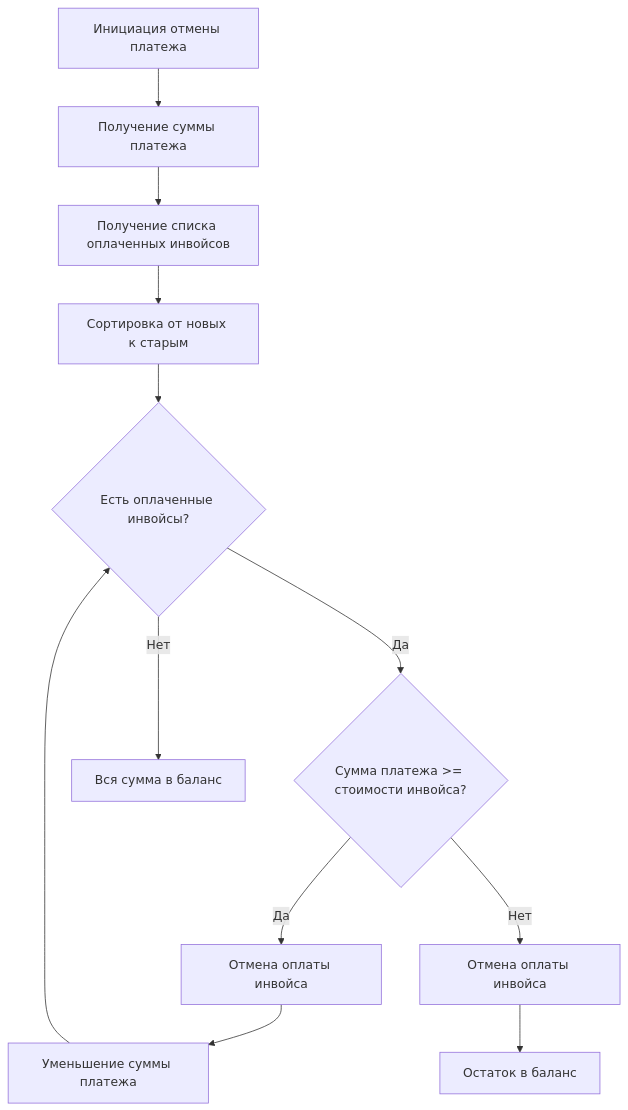
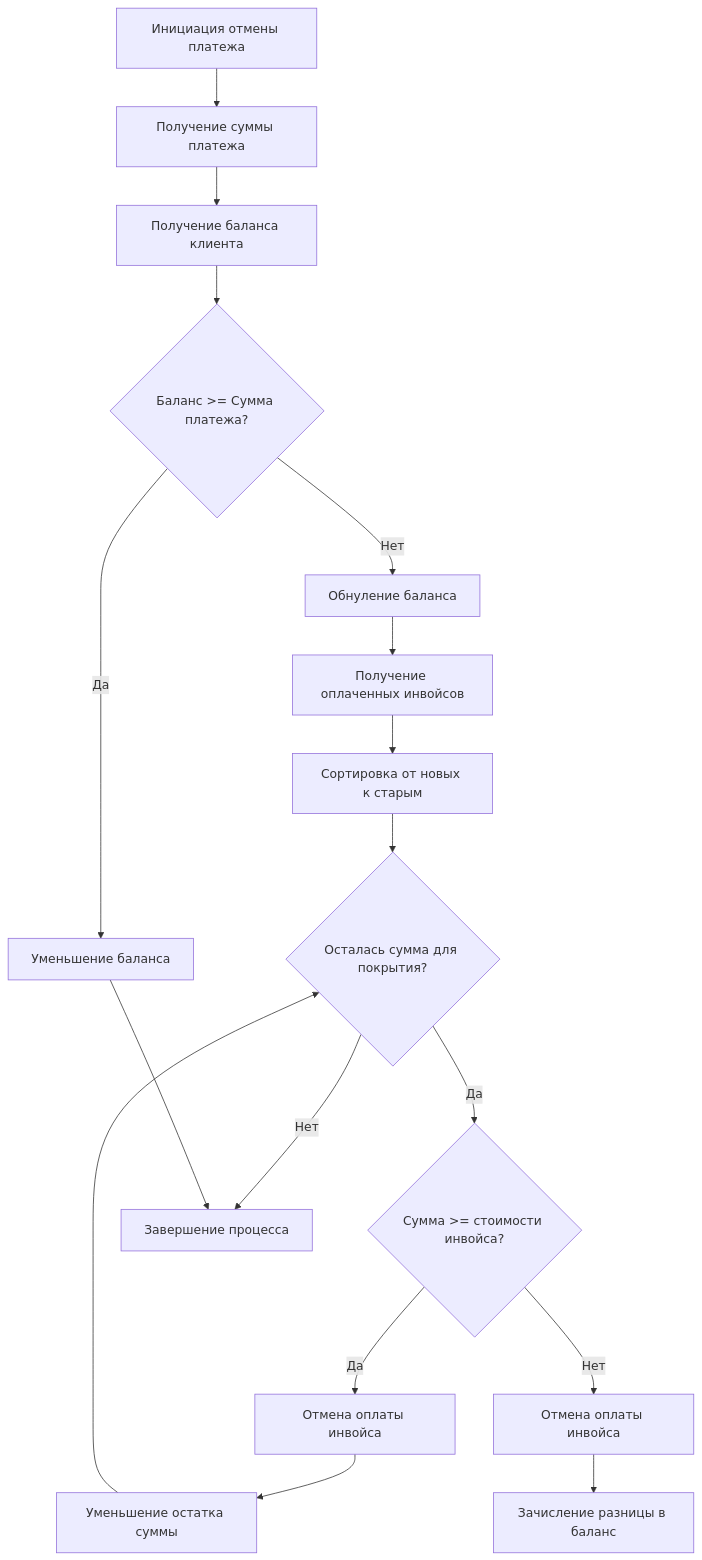
One commit to aryzhykau/atlantis-fastapi changed the fourth of 4 diagrams in docs/processes/financial/automated-flows.md. Above: the diagram before and after it, drawn with Mermaid. The commit also changed other lines of this file and 24 other files, not shown here.

````diff
--- a/docs/processes/financial/automated-flows.md
+++ b/docs/processes/financial/automated-flows.md
@@ -74,14 +74,19 @@
 ```mermaid
 graph TD
     A[Инициация отмены платежа] --> B[Получение суммы платежа]
-    B --> C[Получение списка оплаченных инвойсов]
-    C --> D[Сортировка от новых к старым]
-    D --> E{Есть оплаченные инвойсы?}
-    E -->|Да| F{Сумма платежа >= стоимости инвойса?}
-    F -->|Да| G[Отмена оплаты инвойса]
-    G --> H[Уменьшение суммы платежа]
-    H --> E
-    F -->|Нет| I[Отмена оплаты инвойса]
-    I --> J[Остаток в баланс]
-    E -->|Нет| K[Вся сумма в баланс]
+    B --> C[Получение баланса клиента]
+    C --> D{Баланс >= Сумма платежа?}
+    D -->|Да| E[Уменьшение баланса]
+    D -->|Нет| F[Обнуление баланса]
+    F --> G[Получение оплаченных инвойсов]
+    G --> H[Сортировка от новых к старым]
+    H --> I{Осталась сумма для покрытия?}
+    I -->|Да| J{Сумма >= стоимости инвойса?}
+    J -->|Да| K[Отмена оплаты инвойса]
+    K --> L[Уменьшение остатка суммы]
+    L --> I
+    J -->|Нет| M[Отмена оплаты инвойса]
+    M --> N[Зачисление разницы в баланс]
+    I -->|Нет| O[Завершение процесса]
+    E --> O
 ```
````
